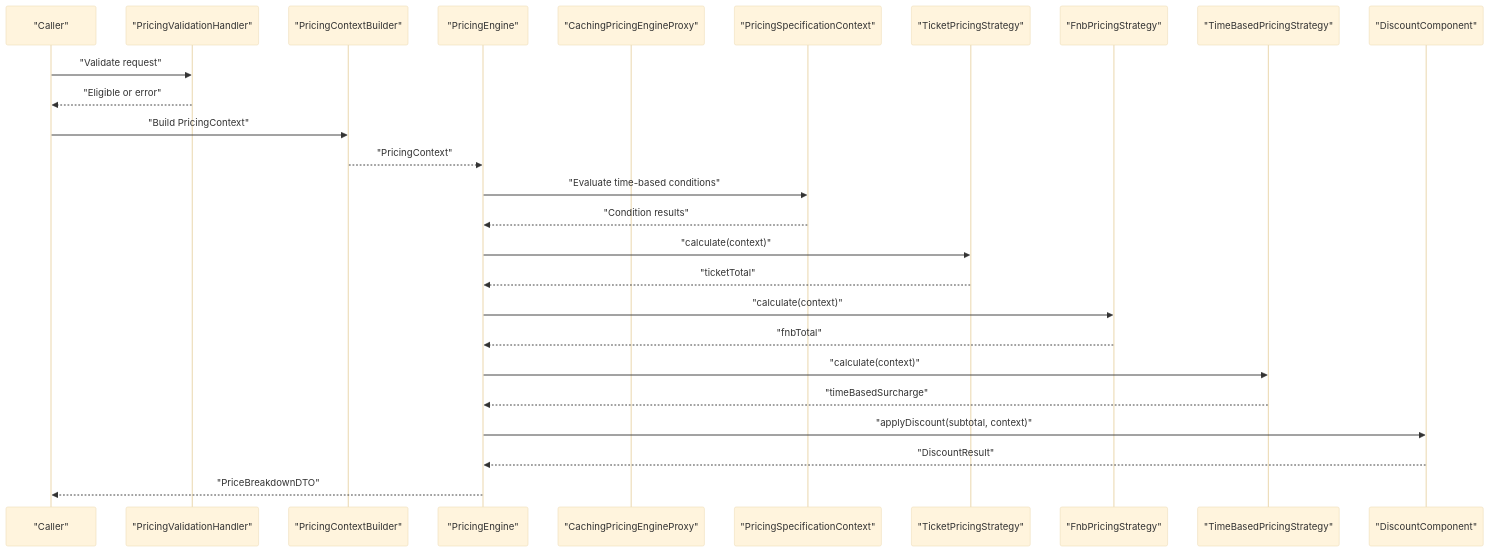
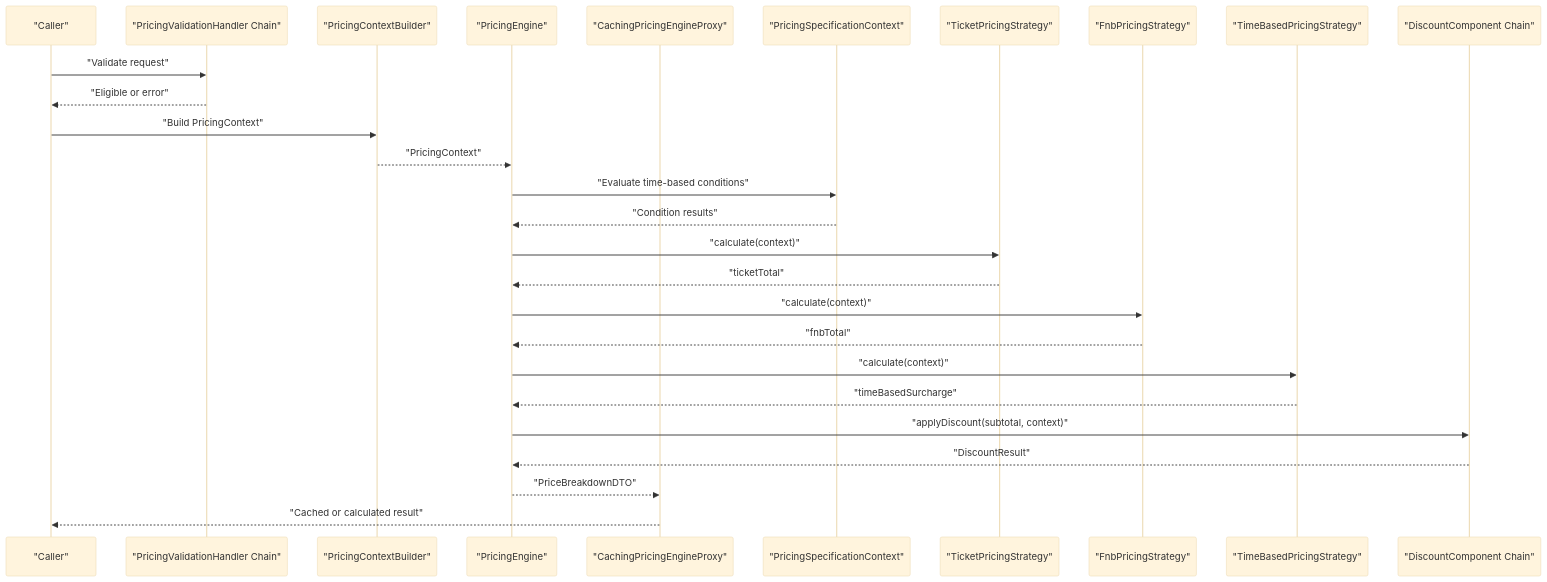
Before and after one commit to anhtudayne/Design_Pattern: the second of 8 diagrams in .qoder/repowiki/en/content/Design Patterns Implementation/Dynamic Pricing Engine.md, drawn with Mermaid (base theme). The commit also changed other lines of this file and 10 other files, not shown here.

````diff
--- a/.qoder/repowiki/en/content/Design Patterns Implementation/Dynamic Pricing Engine.md
+++ b/.qoder/repowiki/en/content/Design Patterns Implementation/Dynamic Pricing Engine.md
@@ -206,28 +177,29 @@
 ```mermaid
 sequenceDiagram
 participant Caller as "Caller"
-participant Validator as "PricingValidationHandler"
+participant Validator as "PricingValidationHandler Chain"
 participant Builder as "PricingContextBuilder"
 participant Engine as "PricingEngine"
 participant Cache as "CachingPricingEngineProxy"
 participant Spec as "PricingSpecificationContext"
 participant Str1 as "TicketPricingStrategy"
 participant Str2 as "FnbPricingStrategy"
 participant Str3 as "TimeBasedPricingStrategy"
-participant Disc as "DiscountComponent"
+participant Disc as "DiscountComponent Chain"
 Caller->>Validator : "Validate request"
 Validator-->>Caller : "Eligible or error"
 Caller->>Builder : "Build PricingContext"
 Builder-->>Engine : "PricingContext"
 Engine->>Spec : "Evaluate time-based conditions"
 Spec-->>Engine : "Condition results"
 Engine->>Str1 : "calculate(context)"
 Str1-->>Engine : "ticketTotal"
 Engine->>Str2 : "calculate(context)"
 Str2-->>Engine : "fnbTotal"
 Engine->>Str3 : "calculate(context)"
 Str3-->>Engine : "timeBasedSurcharge"
 Engine->>Disc : "applyDiscount(subtotal, context)"
 Disc-->>Engine : "DiscountResult"
-Engine-->>Caller : "PriceBreakdownDTO"
+Engine-->>Cache : "PriceBreakdownDTO"
+Cache-->>Caller : "Cached or calculated result"
 ```
````
